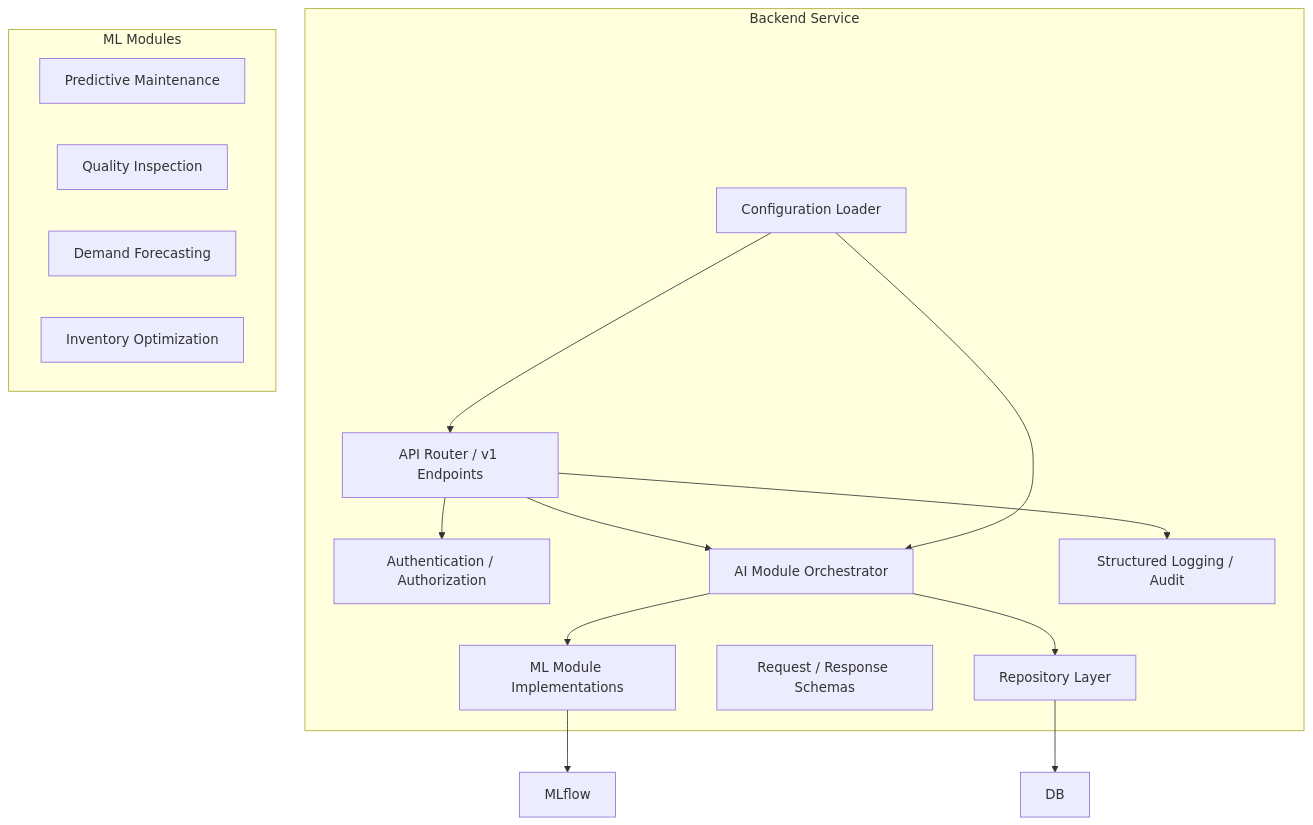
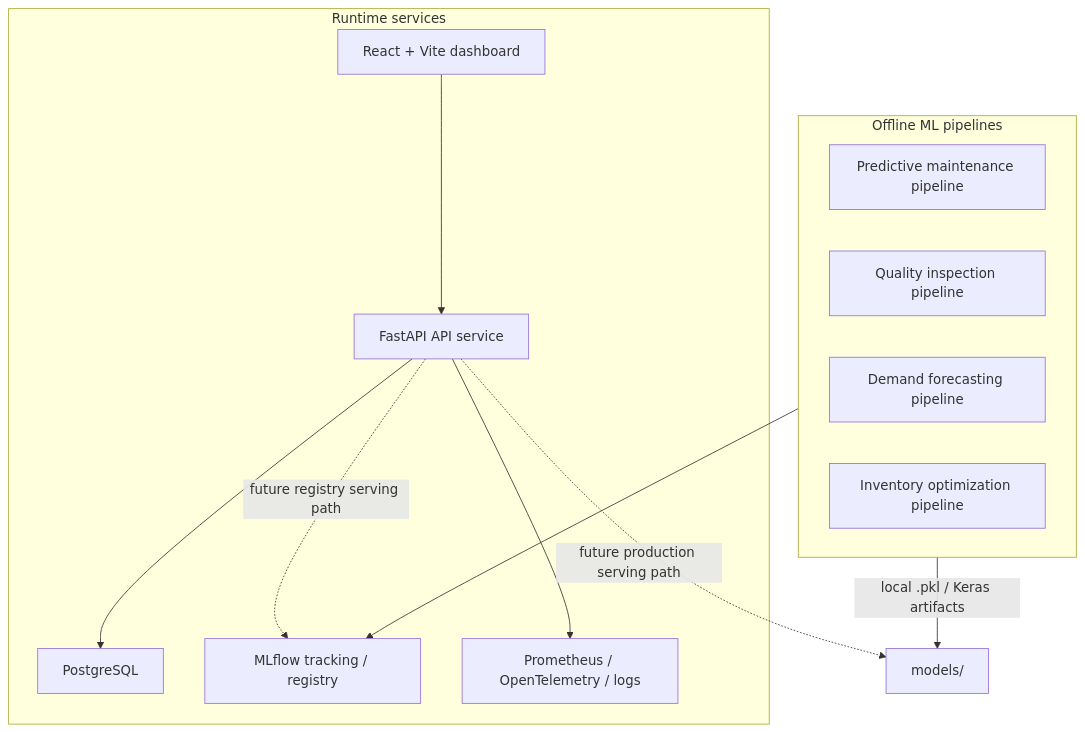
One commit to therabbitears/iitr-ai-smart-factory-command-center changed the second of 6 diagrams in architecture.md. Above: the diagram before and after it, drawn with Mermaid. The commit also changed other lines of this file and 3 other files, not shown here.

Commit message:
Diagrams and all

````diff
--- a/architecture.md
+++ b/architecture.md
@@ -58,30 +39,25 @@
 ```mermaid
 flowchart TB
-  subgraph BE[Backend Service]
-    API["API Router / v1 Endpoints"]
-    Auth["Authentication / Authorization"]
-    Orchestrator["AI Module Orchestrator"]
-    Repo["Repository Layer"]
-    Schemas["Request / Response Schemas"]
-    MLModules["ML Module Implementations"]
-    Config["Configuration Loader"]
-    Logging["Structured Logging / Audit"]
+  subgraph Runtime["Runtime services"]
+    Frontend["React + Vite dashboard"]
+    Backend["FastAPI API service"]
+    Postgres["PostgreSQL"]
+    MLflow["MLflow tracking / registry"]
+    Observability["Prometheus / OpenTelemetry / logs"]
   end
 
-  subgraph ML[ML Modules]
-    PM["Predictive Maintenance"]
-    QI["Quality Inspection"]
-    DF["Demand Forecasting"]
-    IO["Inventory Optimization"]
+  subgraph OfflineML["Offline ML pipelines"]
+    PM["Predictive maintenance pipeline"]
+    QI["Quality inspection pipeline"]
+    DF["Demand forecasting pipeline"]
+    IO["Inventory optimization pipeline"]
   end
 
-  API --> Auth
-  API --> Orchestrator
-  Orchestrator --> MLModules
-  Orchestrator --> Repo
-  MLModules --> MF["MLflow"]
-  Repo --> DB
-  API --> Logging
-  Config --> API
-  Config --> Orchestrator
+  Frontend --> Backend
+  Backend --> Postgres
+  Backend --> Observability
+  OfflineML --> MLflow
+  OfflineML -->|"local .pkl / Keras artifacts"| ModelArtifacts["models/"]
+  Backend -. "future production serving path" .-> ModelArtifacts
+  Backend -. "future registry serving path" .-> MLflow
 ```
````
